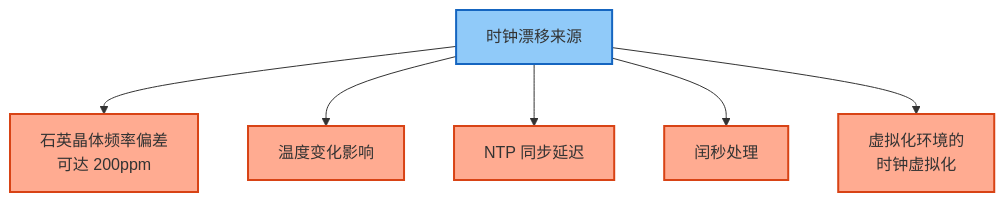
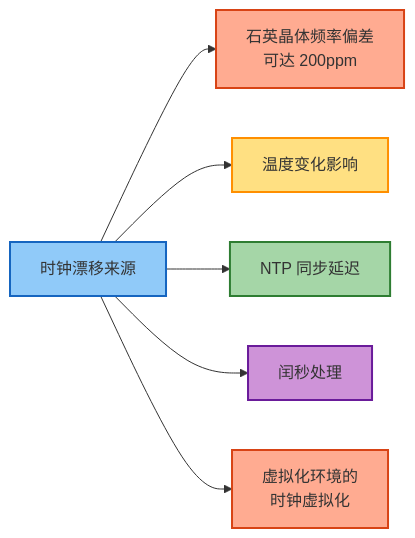
Before and after one commit to HenryThomas9587/henry.github.io: the fourth of 5 diagrams in docs/notes/ddia/part2-distributed/chapter-09.md, drawn with Mermaid. The commit also changed other lines of this file and 9 other files, not shown here.

First line of the commit message:
docs(ddia): 优化章节结构和图例布局

````diff
--- a/docs/notes/ddia/part2-distributed/chapter-09.md
+++ b/docs/notes/ddia/part2-distributed/chapter-09.md
@@ -112,15 +172,15 @@
 ```mermaid
-graph TD
+graph LR
     A[时钟漂移来源] --> B[石英晶体频率偏差<br/>可达 200ppm]
     A --> C[温度变化影响]
     A --> D[NTP 同步延迟]
     A --> E[闰秒处理]
     A --> F[虚拟化环境的<br/>时钟虚拟化]
 
     style A fill:#90CAF9,stroke:#1565C0,stroke-width:2px
     style B fill:#FFAB91,stroke:#D84315,stroke-width:2px
-    style C fill:#FFAB91,stroke:#D84315,stroke-width:2px
-    style D fill:#FFAB91,stroke:#D84315,stroke-width:2px
-    style E fill:#FFAB91,stroke:#D84315,stroke-width:2px
+    style C fill:#FFE082,stroke:#FF8F00,stroke-width:2px
+    style D fill:#A5D6A7,stroke:#2E7D32,stroke-width:2px
+    style E fill:#CE93D8,stroke:#6A1B9A,stroke-width:2px
     style F fill:#FFAB91,stroke:#D84315,stroke-width:2px
 ```
````
